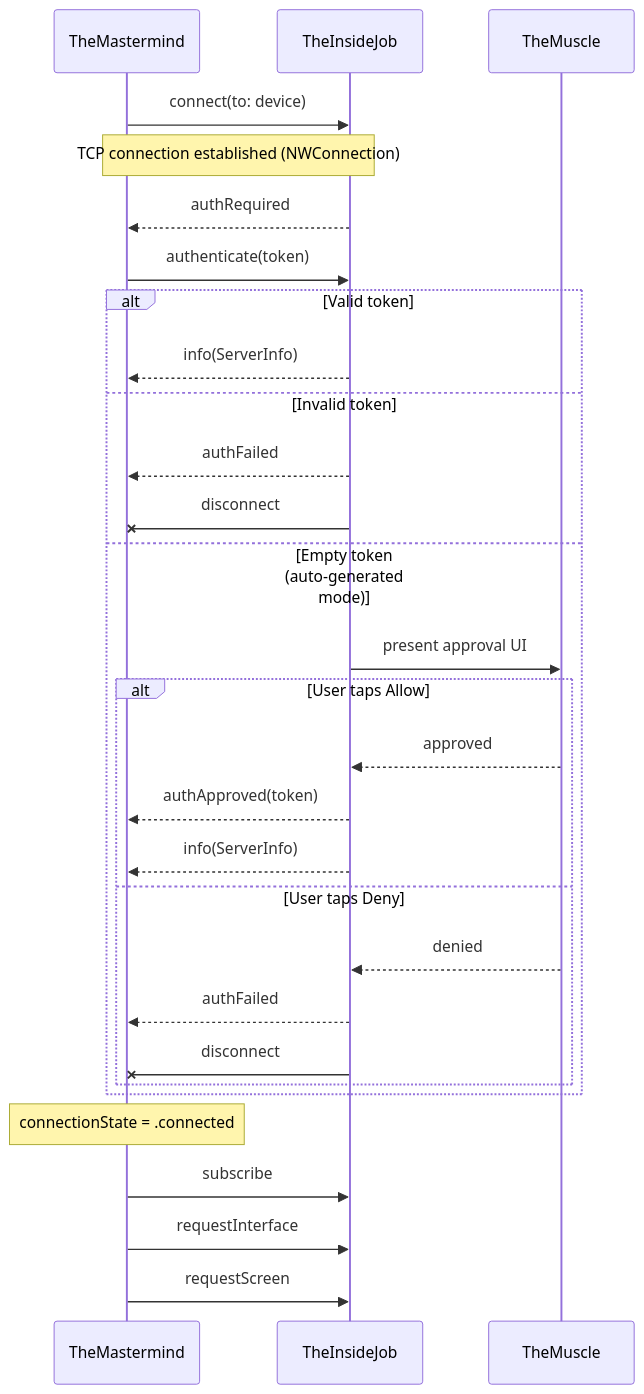
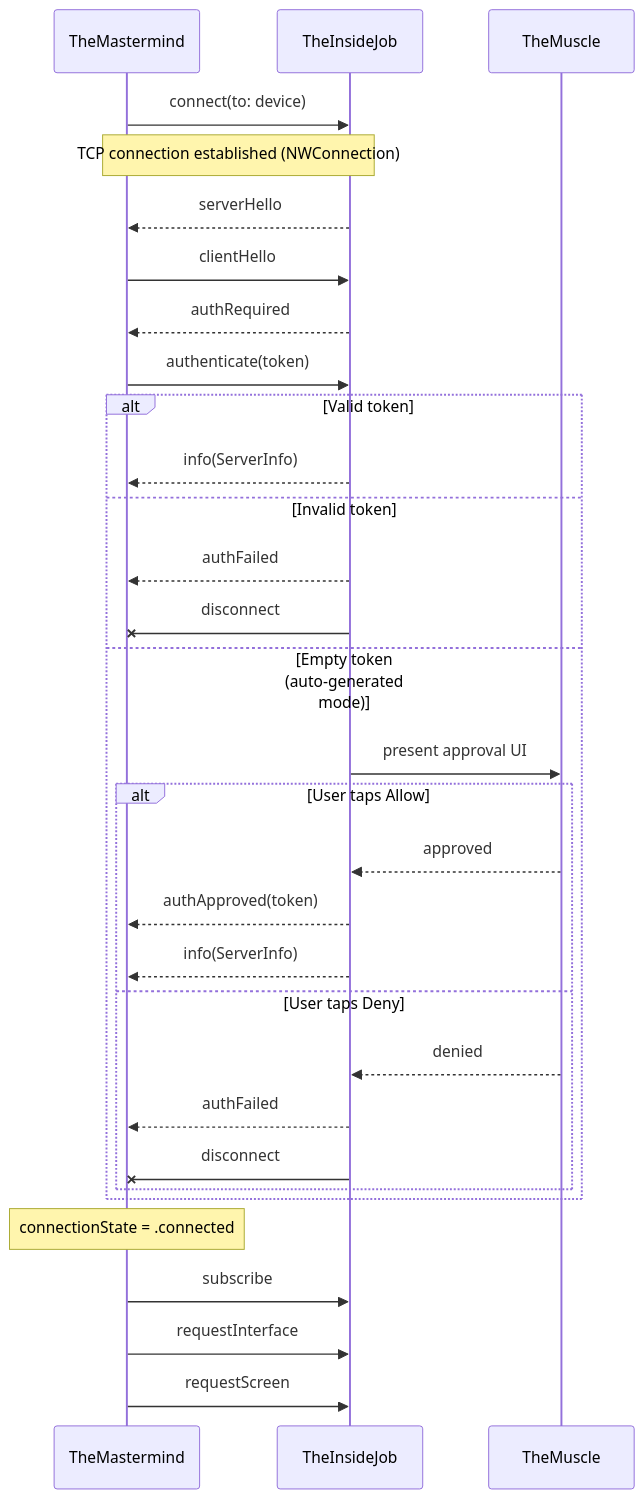
One commit to RoyalPineapple/TheButtonHeist changed the fourth of 8 diagrams in docs/ARCHITECTURE.md. Above: the diagram before and after it, drawn with Mermaid. The commit also changed other lines of this file and 30 other files, not shown here.

````diff
--- a/docs/ARCHITECTURE.md
+++ b/docs/ARCHITECTURE.md
@@ -411,35 +411,37 @@
 ```mermaid
 sequenceDiagram
     participant HC as TheMastermind
     participant IJ as TheInsideJob
     participant TM as TheMuscle
 
     HC->>IJ: connect(to: device)
     Note over HC,IJ: TCP connection established (NWConnection)
+    IJ-->>HC: serverHello
+    HC->>IJ: clientHello
     IJ-->>HC: authRequired
 
     HC->>IJ: authenticate(token)
 
     alt Valid token
         IJ-->>HC: info(ServerInfo)
     else Invalid token
         IJ-->>HC: authFailed
         IJ-xHC: disconnect
     else Empty token (auto-generated mode)
         IJ->>TM: present approval UI
         alt User taps Allow
             TM-->>IJ: approved
             IJ-->>HC: authApproved(token)
             IJ-->>HC: info(ServerInfo)
         else User taps Deny
             TM-->>IJ: denied
             IJ-->>HC: authFailed
             IJ-xHC: disconnect
         end
     end
 
     Note over HC: connectionState = .connected
     HC->>IJ: subscribe
     HC->>IJ: requestInterface
     HC->>IJ: requestScreen
 ```
````
